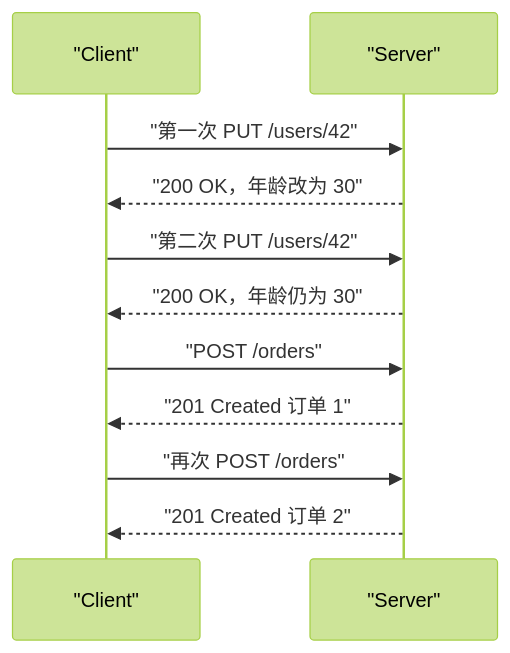
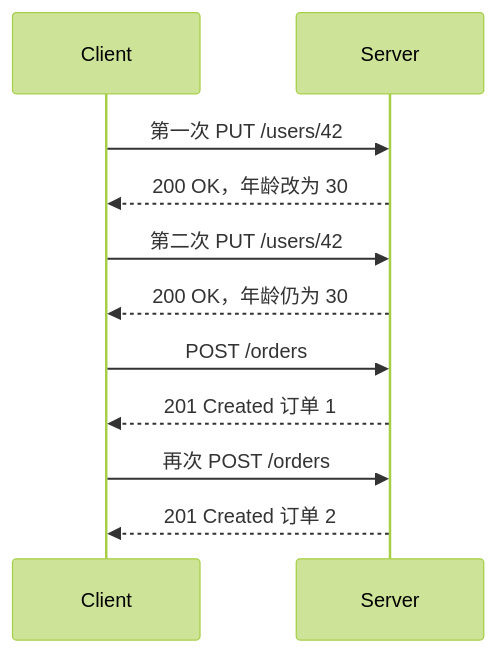
One commit to Shyu-x/frontend-interview changed the fifth of 9 diagrams in docs/api/rest-fundamentals.md. Above: the diagram before and after it, drawn with Mermaid (forest theme). The commit also changed other lines of this file and 23 other files, not shown here.

First line of the commit message:
fix(docs): 修复 28 张无法渲染的 Mermaid 图，新增真实解析器校验与 PDF 下载页

````diff
--- a/docs/api/rest-fundamentals.md
+++ b/docs/api/rest-fundamentals.md
@@ -542,13 +542,13 @@
 ```mermaid
 sequenceDiagram
-    participant C as "Client"
-    participant S as "Server"
-    C->>S: "第一次 PUT /users/42"
-    S-->>C: "200 OK，年龄改为 30"
-    C->>S: "第二次 PUT /users/42"
-    S-->>C: "200 OK，年龄仍为 30"
-    C->>S: "POST /orders"
-    S-->>C: "201 Created 订单 1"
-    C->>S: "再次 POST /orders"
-    S-->>C: "201 Created 订单 2"
+    participant C as Client
+    participant S as Server
+    C->>S: 第一次 PUT /users/42
+    S-->>C: 200 OK，年龄改为 30
+    C->>S: 第二次 PUT /users/42
+    S-->>C: 200 OK，年龄仍为 30
+    C->>S: POST /orders
+    S-->>C: 201 Created 订单 1
+    C->>S: 再次 POST /orders
+    S-->>C: 201 Created 订单 2
 ```
````
